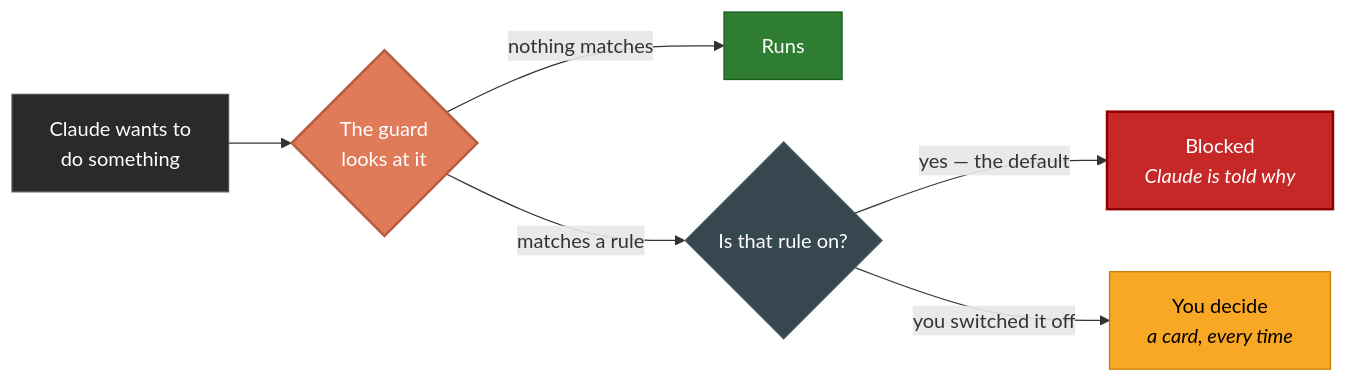
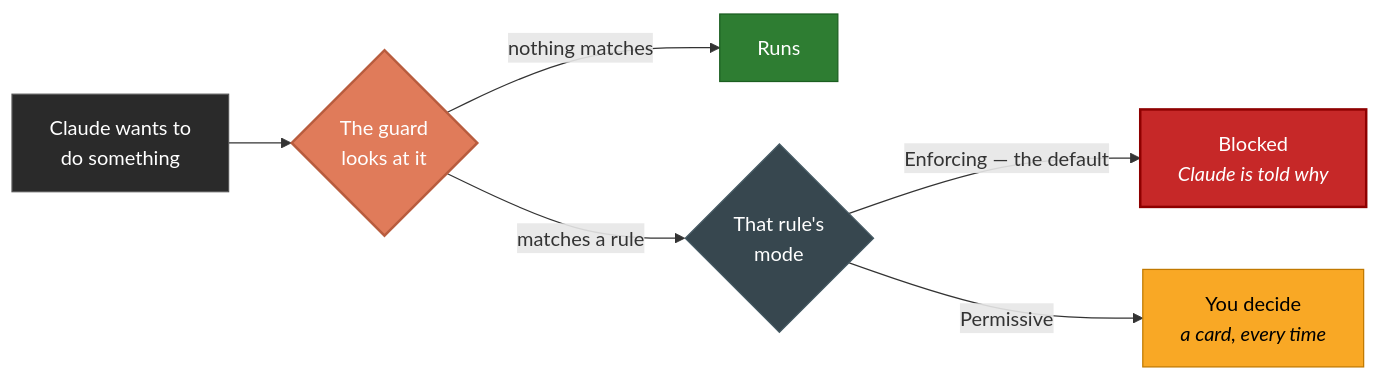
Before and after one commit to serialexperimentslainnnn/claude-code-for-jetbrains: the diagram in docs/SECURITY-GUARD.md, drawn with Mermaid. The commit also changed other lines of this file and 56 other files, not shown here.

````diff
--- a/docs/SECURITY-GUARD.md
+++ b/docs/SECURITY-GUARD.md
@@ -26,15 +53,15 @@
 ```mermaid
 flowchart LR
     A["Claude wants to<br/>do something"] --> B{"The guard<br/>looks at it"}
     B -->|"nothing matches"| C["Runs"]
-    B -->|"matches a rule"| D{"Is that rule on?"}
-    D -->|"yes — the default"| E["Blocked<br/><i>Claude is told why</i>"]
-    D -->|"you switched it off"| F["You decide<br/><i>a card, every time</i>"]
+    B -->|"matches a rule"| D{"That rule's<br/>mode"}
+    D -->|"Enforcing — the default"| E["Blocked<br/><i>Claude is told why</i>"]
+    D -->|"Permissive"| F["You decide<br/><i>a card, every time</i>"]
 
     style A fill:#2A2A2A,color:#fff,stroke:#555
     style B fill:#E07B5A,color:#fff,stroke:#B85C3E,stroke-width:2px
     style C fill:#2E7D32,color:#fff,stroke:#1B5E20
     style E fill:#C62828,color:#fff,stroke:#8E0000,stroke-width:2px
     style F fill:#F9A825,color:#000,stroke:#C17900
     style D fill:#37474F,color:#fff,stroke:#455A64
 ```
````
